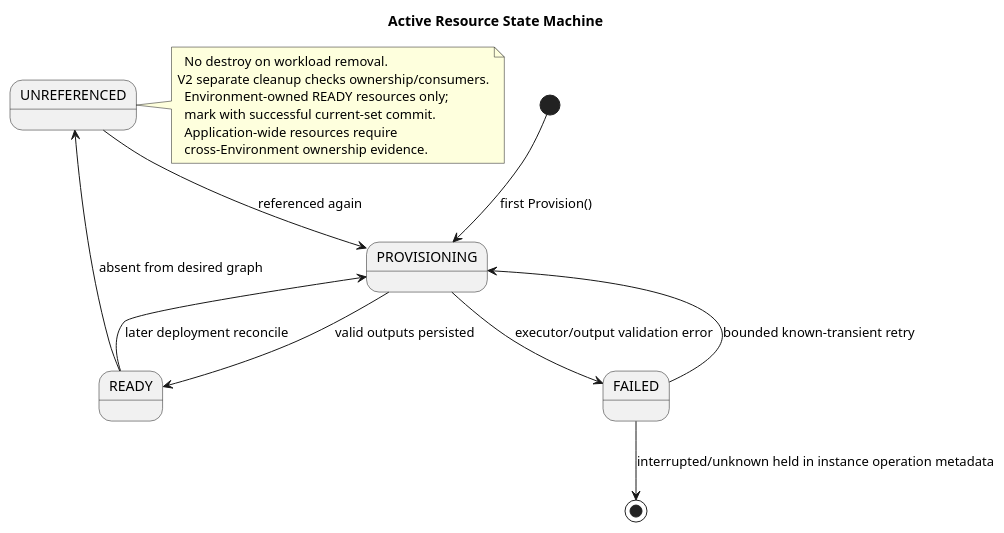
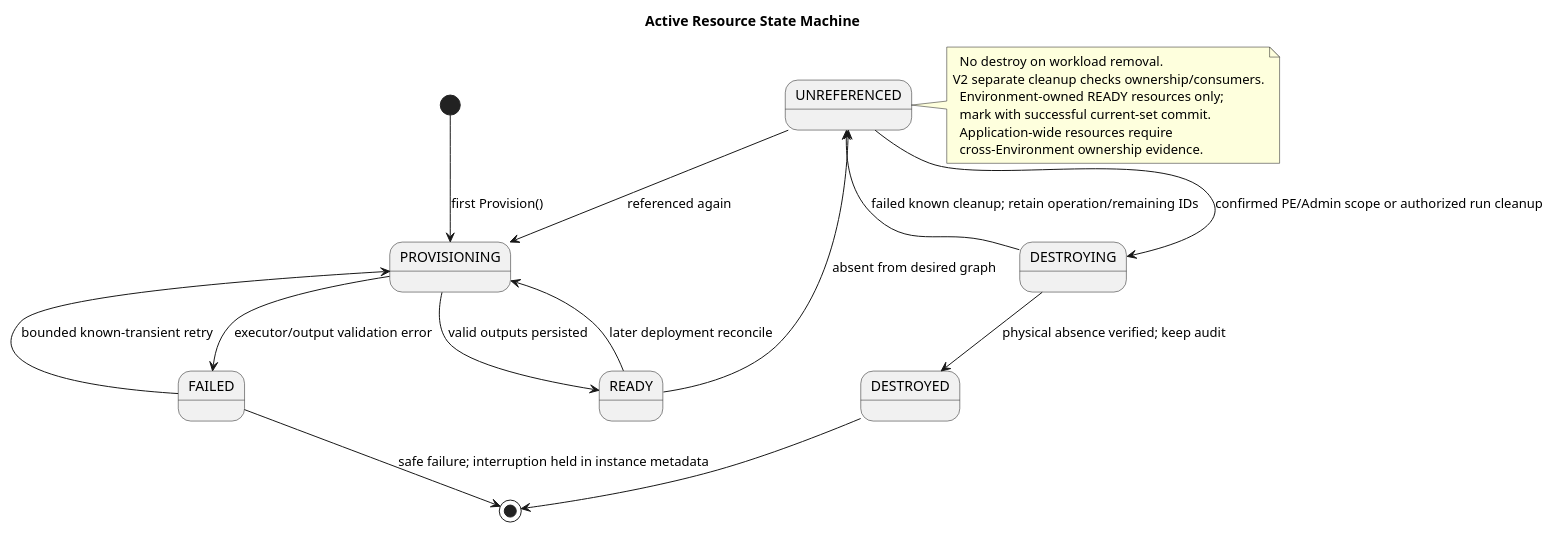
Before and after one commit to pr3s3nt/poc: the diagram in orchestrator_docs/architecture/state-machines/active-resource.puml, drawn with PlantUML. The commit also changed 124 other files, not shown here.

```diff
--- a/orchestrator_docs/architecture/state-machines/active-resource.puml
+++ b/orchestrator_docs/architecture/state-machines/active-resource.puml
@@ -1,19 +1,23 @@
 @startuml
 title Active Resource State Machine
 [*] --> PROVISIONING : first Provision()
 PROVISIONING --> READY : valid outputs persisted
 READY --> PROVISIONING : later deployment reconcile
 READY --> UNREFERENCED : absent from desired graph
 UNREFERENCED --> PROVISIONING : referenced again
 PROVISIONING --> FAILED : executor/output validation error
 FAILED --> PROVISIONING : bounded known-transient retry
-FAILED --> [*] : interrupted/unknown held in instance operation metadata
+FAILED --> [*] : safe failure; interruption held in instance metadata
+UNREFERENCED --> DESTROYING : confirmed PE/Admin scope or authorized run cleanup
+DESTROYING --> DESTROYED : physical absence verified; keep audit
+DESTROYING --> UNREFERENCED : failed known cleanup; retain operation/remaining IDs
+DESTROYED --> [*]
 note right of UNREFERENCED
   No destroy on workload removal.
 V2 separate cleanup checks ownership/consumers.
   Environment-owned READY resources only;
   mark with successful current-set commit.
   Application-wide resources require
   cross-Environment ownership evidence.
 end note
 @enduml
```
